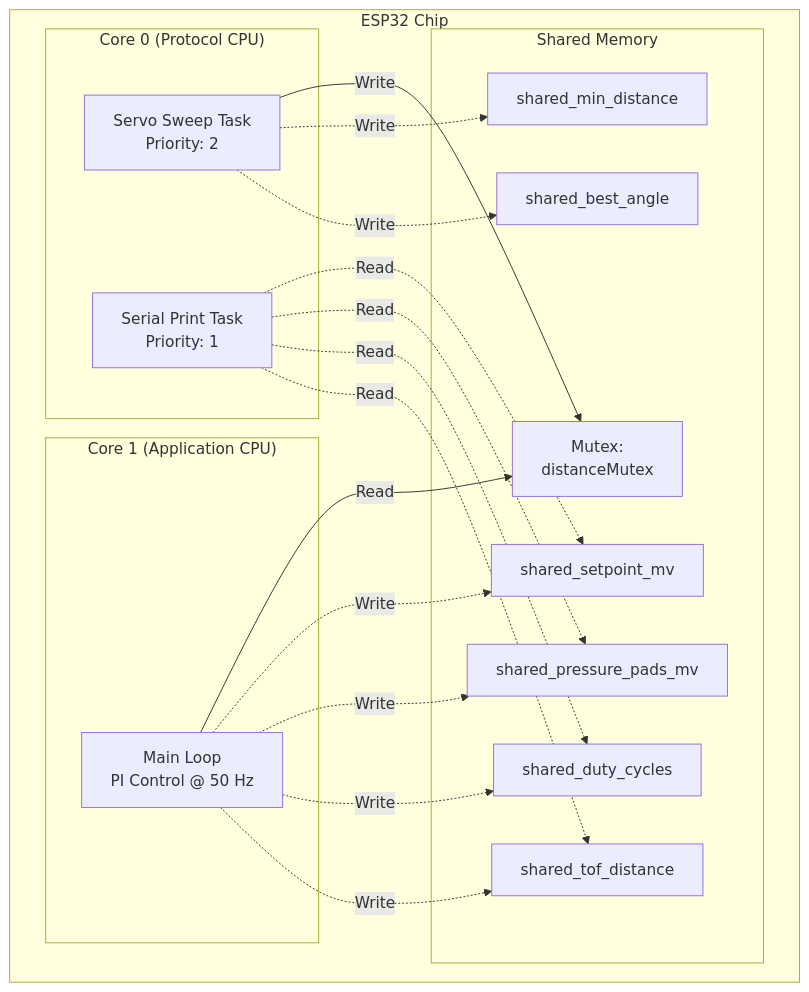
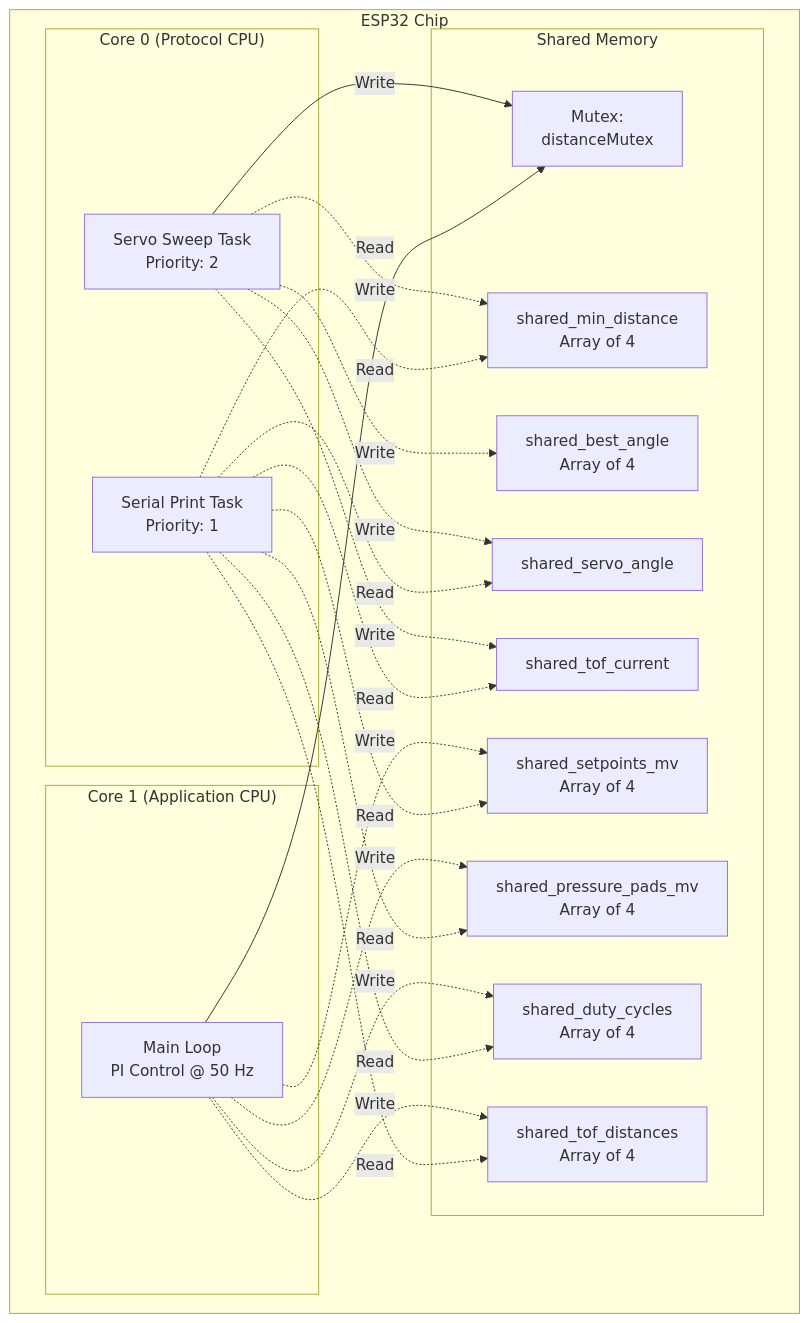
One commit to raseone19/ME-410 changed the first of 4 diagrams in docs/communication.md. Above: the diagram before and after it, drawn with Mermaid. The commit also changed other lines of this file and 12 other files, not shown here.

````diff
--- a/docs/communication.md
+++ b/docs/communication.md
@@ -27,36 +27,43 @@
 ```mermaid
 graph TB
     subgraph "ESP32 Chip"
         subgraph "Core 0 (Protocol CPU)"
             Task1[Servo Sweep Task<br/>Priority: 2]
             Task2[Serial Print Task<br/>Priority: 1]
         end
 
         subgraph "Core 1 (Application CPU)"
             Loop[Main Loop<br/>PI Control @ 50 Hz]
         end
 
         subgraph "Shared Memory"
             Mutex[Mutex:<br/>distanceMutex]
-            Var1[shared_min_distance]
-            Var2[shared_best_angle]
-            Var3[shared_setpoint_mv]
-            Var4[shared_pressure_pads_mv]
-            Var5[shared_duty_cycles]
-            Var6[shared_tof_distance]
+            Var1[shared_min_distance<br/>Array of 4]
+            Var2[shared_best_angle<br/>Array of 4]
+            Var3[shared_setpoints_mv<br/>Array of 4]
+            Var4[shared_pressure_pads_mv<br/>Array of 4]
+            Var5[shared_duty_cycles<br/>Array of 4]
+            Var6[shared_tof_distances<br/>Array of 4]
+            Var7[shared_servo_angle]
+            Var8[shared_tof_current]
         end
 
         Task1 -->|Write| Mutex
         Loop -->|Read| Mutex
         Task1 -.->|Write| Var1
         Task1 -.->|Write| Var2
+        Task1 -.->|Write| Var7
+        Task1 -.->|Write| Var8
         Loop -.->|Write| Var3
         Loop -.->|Write| Var4
         Loop -.->|Write| Var5
         Loop -.->|Write| Var6
+        Task2 -.->|Read| Var1
         Task2 -.->|Read| Var3
         Task2 -.->|Read| Var4
         Task2 -.->|Read| Var5
         Task2 -.->|Read| Var6
+        Task2 -.->|Read| Var7
+        Task2 -.->|Read| Var8
     end
 ```
````
